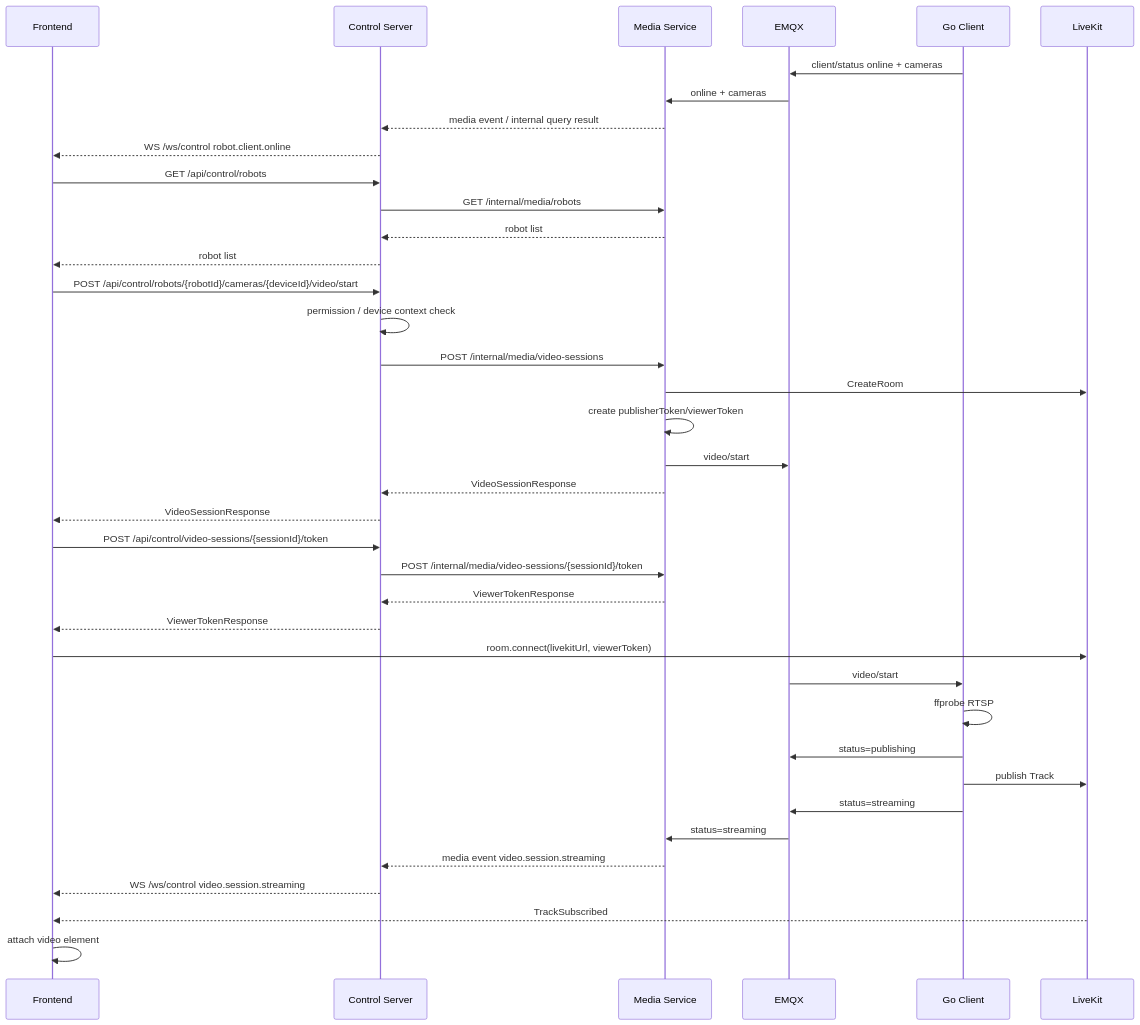
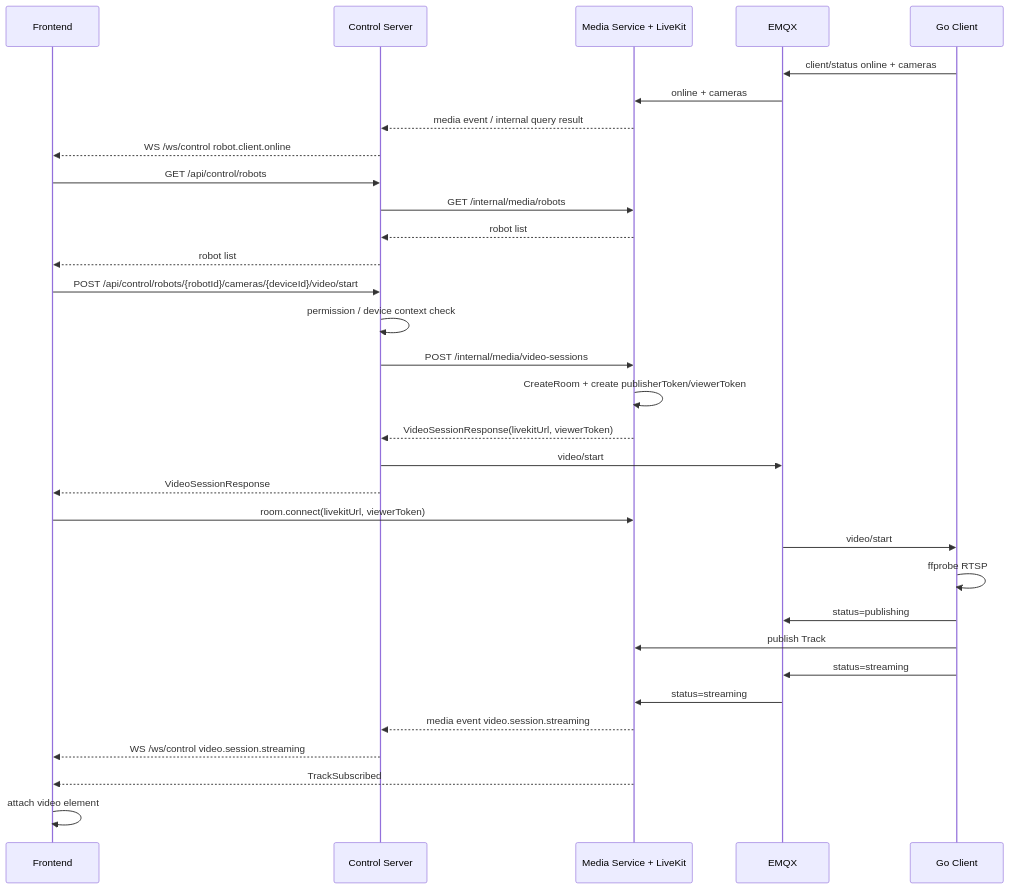
The diagram in docs/realtime-video-interface-flow.md (waleelay/robot), drawn with Mermaid before and after one commit. The commit also changed other lines of this file and 8 other files, not shown here.

First line of the commit message:
改动重点： 首次观看不再额外请求 /api/control/video-sessions/{sessionId}/token。 App.vue 现在优先使用 start 返回的 livekitUrl + viewerToken。 只有 token 缺失或重连恢复时，才会调用 /token。

````diff
--- a/docs/realtime-video-interface-flow.md
+++ b/docs/realtime-video-interface-flow.md
@@ -1103,44 +1113,38 @@
 ```mermaid
 sequenceDiagram
     participant FE as Frontend
     participant CS as Control Server
-    participant MS as Media Service
+    participant ML as Media Service + LiveKit
     participant MQ as EMQX
     participant GO as Go Client
-    participant LK as LiveKit
 
     GO->>MQ: client/status online + cameras
-    MQ->>MS: online + cameras
-    MS-->>CS: media event / internal query result
+    MQ->>ML: online + cameras
+    ML-->>CS: media event / internal query result
     CS-->>FE: WS /ws/control robot.client.online
     FE->>CS: GET /api/control/robots
-    CS->>MS: GET /internal/media/robots
-    MS-->>CS: robot list
+    CS->>ML: GET /internal/media/robots
+    ML-->>CS: robot list
     CS-->>FE: robot list
 
     FE->>CS: POST /api/control/robots/{robotId}/cameras/{deviceId}/video/start
     CS->>CS: permission / device context check
-    CS->>MS: POST /internal/media/video-sessions
-    MS->>LK: CreateRoom
-    MS->>MS: create publisherToken/viewerToken
-    MS->>MQ: video/start
-    MS-->>CS: VideoSessionResponse
+    CS->>ML: POST /internal/media/video-sessions
+    ML->>ML: CreateRoom + create publisherToken/viewerToken
+    ML-->>CS: VideoSessionResponse(livekitUrl, viewerToken)
+    CS->>MQ: video/start
     CS-->>FE: VideoSessionResponse
 
-    FE->>CS: POST /api/control/video-sessions/{sessionId}/token
-    CS->>MS: POST /internal/media/video-sessions/{sessionId}/token
-    MS-->>CS: ViewerTokenResponse
-    CS-->>FE: ViewerTokenResponse
-    FE->>LK: room.connect(livekitUrl, viewerToken)
+    FE->>ML: room.connect(livekitUrl, viewerToken)
 
     MQ->>GO: video/start
     GO->>GO: ffprobe RTSP
     GO->>MQ: status=publishing
-    GO->>LK: publish Track
+    GO->>ML: publish Track
     GO->>MQ: status=streaming
-    MQ->>MS: status=streaming
-    MS-->>CS: media event video.session.streaming
+    MQ->>ML: status=streaming
+    ML-->>CS: media event video.session.streaming
     CS-->>FE: WS /ws/control video.session.streaming
-    LK-->>FE: TrackSubscribed
+    ML-->>FE: TrackSubscribed
     FE->>FE: attach video element
 ```
````
